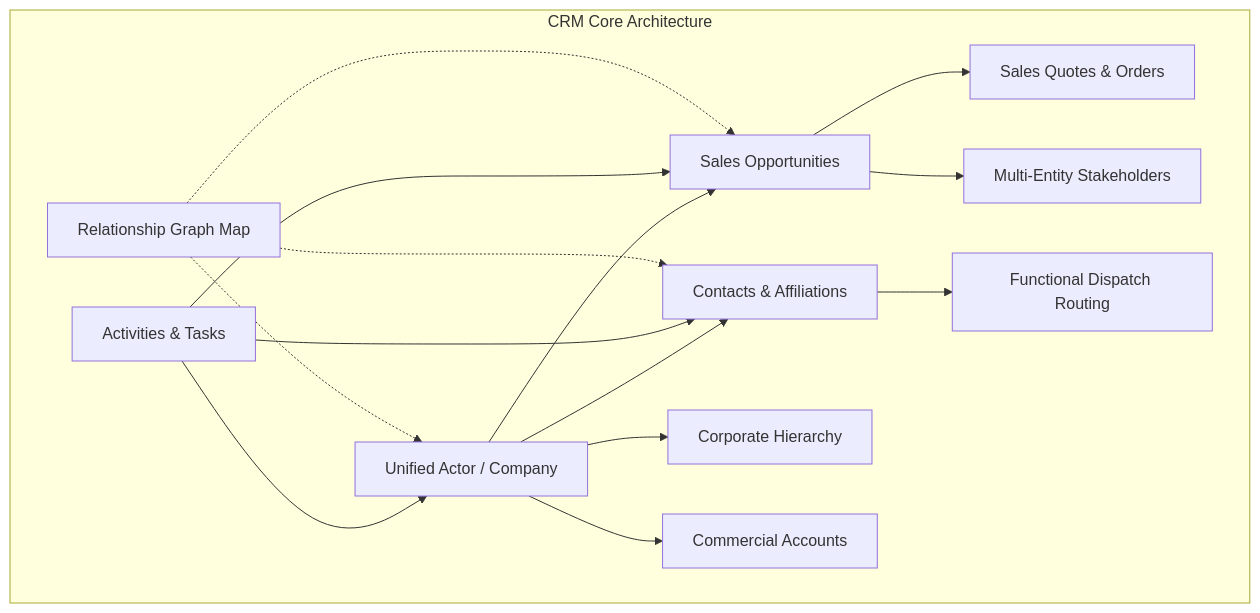
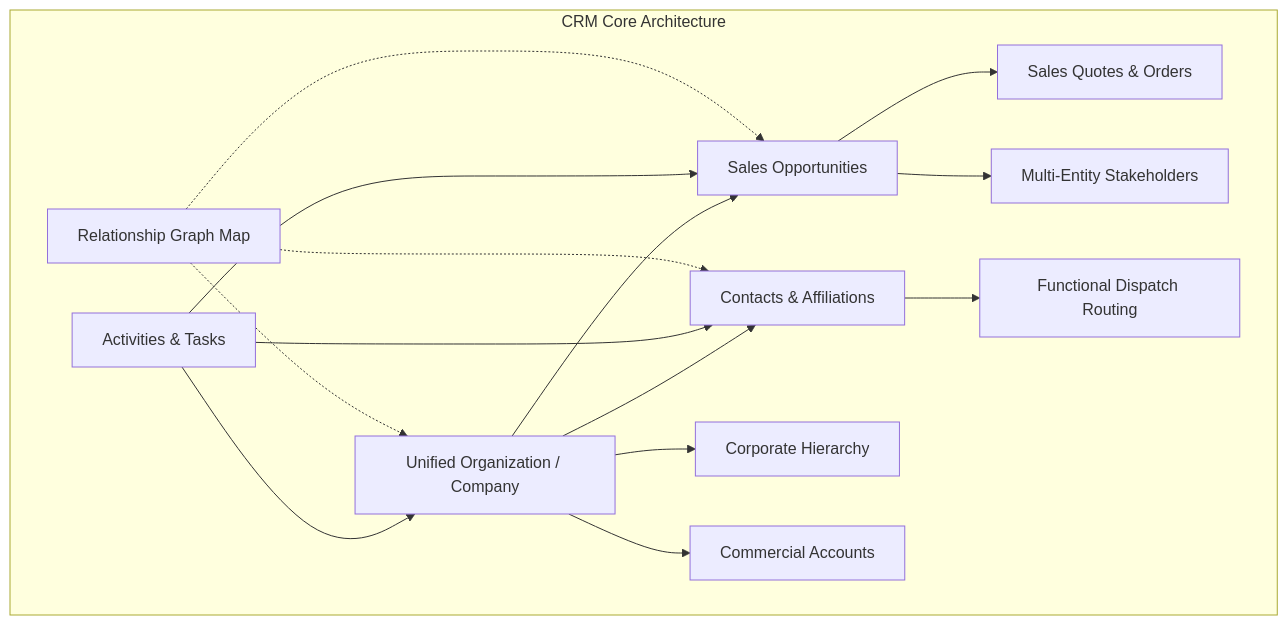
The first of 2 diagrams in docs/user/crm.md (herobmdotcom/herobm), drawn with Mermaid before and after one commit. The commit also changed other lines of this file and 1101 other files, not shown here.

````diff
--- a/docs/user/crm.md
+++ b/docs/user/crm.md
@@ -71,22 +71,22 @@
 ```mermaid
 flowchart TD
     subgraph CRM_Ecosystem ["CRM Core Architecture"]
-        A[Unified Actor / Company] --> O[Sales Opportunities]
+        A[Unified Organization / Company] --> O[Sales Opportunities]
         A --> C[Contacts & Affiliations]
         A --> CH[Corporate Hierarchy]
         A --> CA[Commercial Accounts]
         
         O --> QO[Sales Quotes & Orders]
         O --> SK[Multi-Entity Stakeholders]
         
         C --> DR[Functional Dispatch Routing]
         
         ACT[Activities & Tasks] --> A
         ACT --> O
         ACT --> C
         
         MAP[Relationship Graph Map] -.-> A
         MAP -.-> O
         MAP -.-> C
     end
 ```
````
